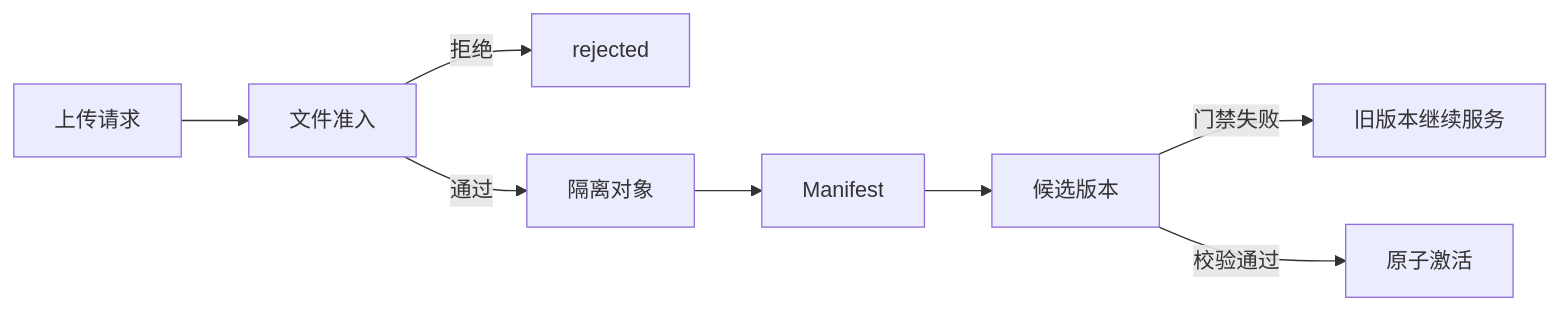
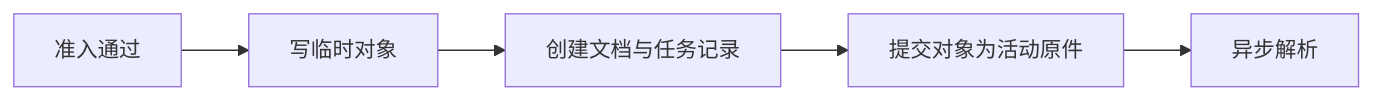
One commit to upJiang/jiang-blog-vitepress changed the diagram in docs/ai-agent/rag-upload-admission-object-storage.md. Above: the diagram before and after it, drawn with Mermaid. The commit also changed other lines of this file and 365 other files, not shown here.

````diff
--- a/docs/ai-agent/rag-upload-admission-object-storage.md
+++ b/docs/ai-agent/rag-upload-admission-object-storage.md
@@ -32,10 +189,7 @@
 ```mermaid
 flowchart LR
-  A[上传请求] --> B[文件准入]
-  B -->|拒绝| X[rejected]
-  B -->|通过| C[隔离对象]
-  C --> D[Manifest]
-  D --> E[候选版本]
-  E -->|门禁失败| F[旧版本继续服务]
-  E -->|校验通过| G[原子激活]
+    A[准入通过] --> B[写临时对象]
+    B --> C[创建文档与任务记录]
+    C --> D[提交对象为活动原件]
+    D --> E[异步解析]
 ```
````
